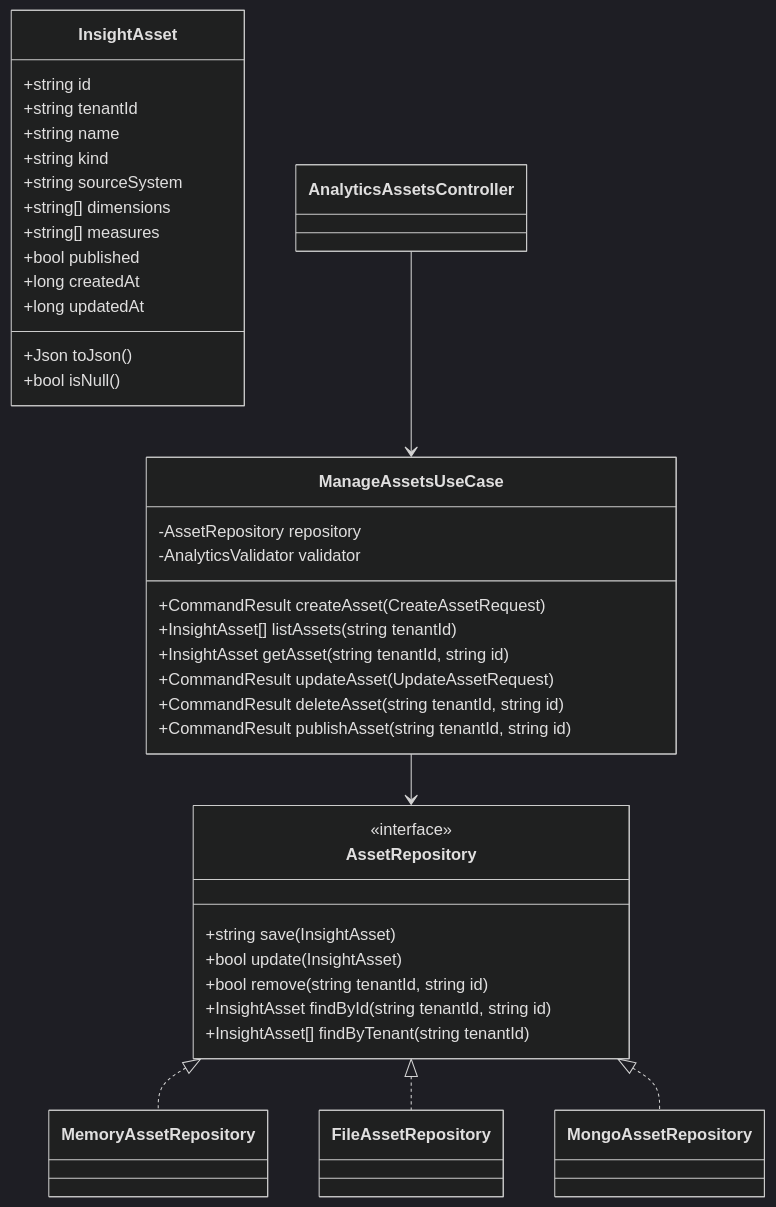
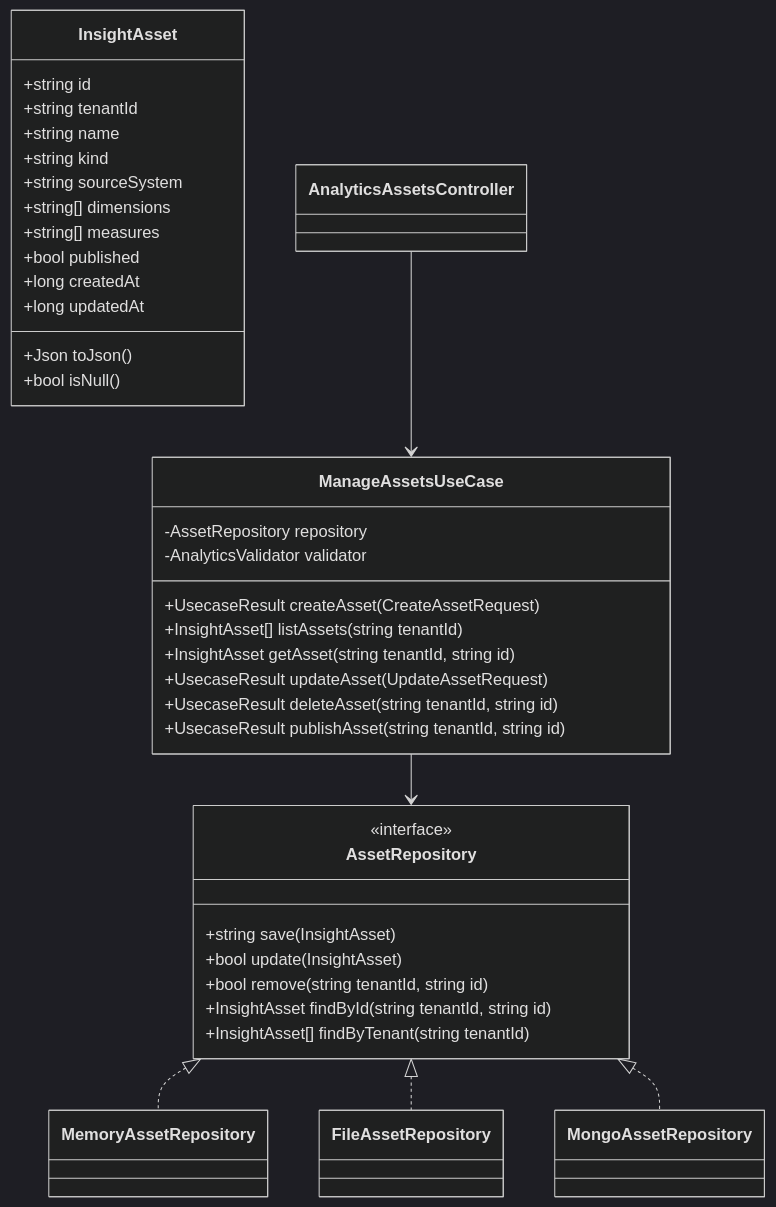
One commit to UIMSolutions/uim-platform changed the second of 4 diagrams in analytics/UML.md. Above: the diagram before and after it, drawn with Mermaid (dark theme). The commit also changed other lines of this file and 907 other files, not shown here.

Commit message:
Rename CommandResult

````diff
--- a/analytics/UML.md
+++ b/analytics/UML.md
@@ -57,48 +57,48 @@
 ```mermaid
 classDiagram
   class InsightAsset {
     +string id
     +string tenantId
     +string name
     +string kind
     +string sourceSystem
     +string[] dimensions
     +string[] measures
     +bool published
     +long createdAt
     +long updatedAt
     +Json toJson()
     +bool isNull()
   }
 
   class AssetRepository {
     <<interface>>
     +string save(InsightAsset)
     +bool update(InsightAsset)
     +bool remove(string tenantId, string id)
     +InsightAsset findById(string tenantId, string id)
     +InsightAsset[] findByTenant(string tenantId)
   }
 
   class ManageAssetsUseCase {
     -AssetRepository repository
     -AnalyticsValidator validator
-    +CommandResult createAsset(CreateAssetRequest)
+    +UsecaseResult createAsset(CreateAssetRequest)
     +InsightAsset[] listAssets(string tenantId)
     +InsightAsset getAsset(string tenantId, string id)
-    +CommandResult updateAsset(UpdateAssetRequest)
-    +CommandResult deleteAsset(string tenantId, string id)
-    +CommandResult publishAsset(string tenantId, string id)
+    +UsecaseResult updateAsset(UpdateAssetRequest)
+    +UsecaseResult deleteAsset(string tenantId, string id)
+    +UsecaseResult publishAsset(string tenantId, string id)
   }
 
   class AssetRepository
   class FileAssetRepository
   class MongoAssetRepository
   class AnalyticsAssetsController
 
   AssetRepository <|.. MemoryAssetRepository
   AssetRepository <|.. FileAssetRepository
   AssetRepository <|.. MongoAssetRepository
   ManageAssetsUseCase --> AssetRepository
   AnalyticsAssetsController --> ManageAssetsUseCase
 ```
````
